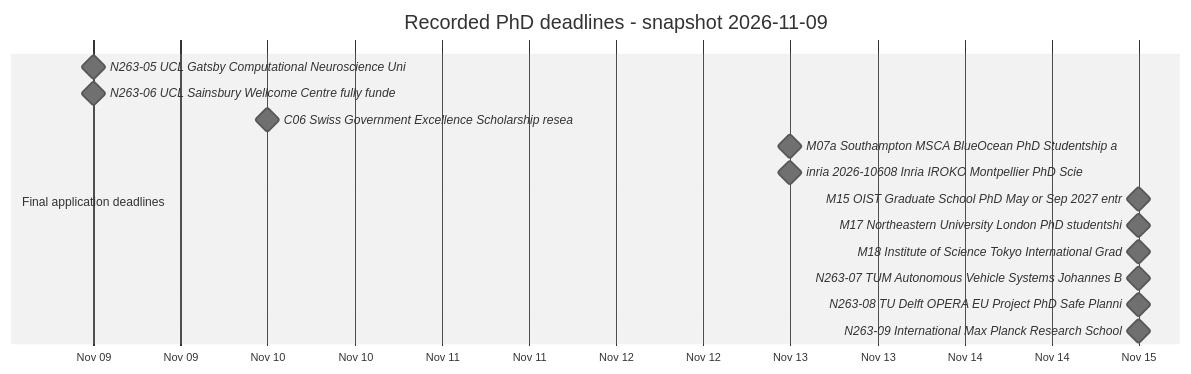
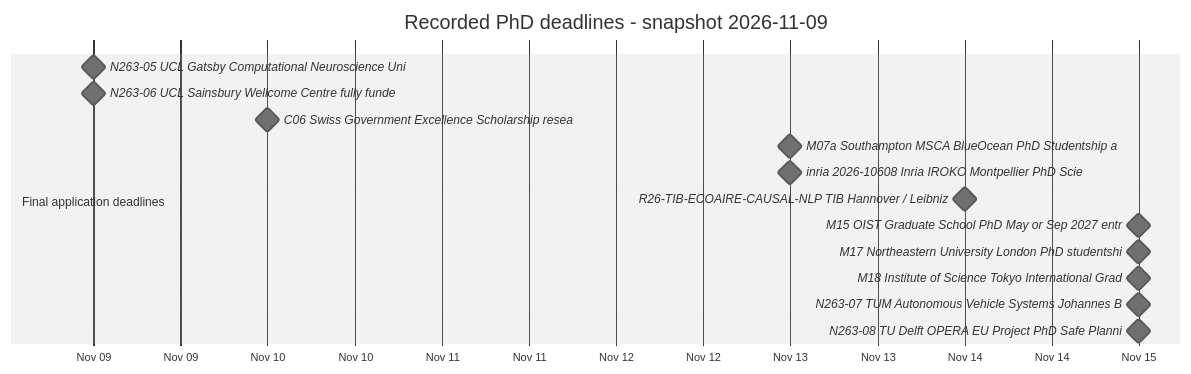
The diagram in docs/diagrams/deadlines.mmd (Armanasq/phd_tracker), drawn with Mermaid (neutral theme) before and after one commit. The commit also changed 33 other files, not shown here.

```diff
--- a/docs/diagrams/deadlines.mmd
+++ b/docs/diagrams/deadlines.mmd
@@ -1,16 +1,16 @@
 gantt
     title Recorded PhD deadlines - snapshot 2026-11-09
     dateFormat YYYY-MM-DD
     axisFormat %b %d
     section Final application deadlines
     N263-05 UCL Gatsby Computational Neuroscience Uni :milestone, d0, 2026-11-09, 0d
     N263-06 UCL Sainsbury Wellcome Centre fully funde :milestone, d1, 2026-11-09, 0d
     C06 Swiss Government Excellence Scholarship resea :milestone, d2, 2026-11-10, 0d
     M07a Southampton MSCA BlueOcean PhD Studentship a :milestone, d3, 2026-11-13, 0d
     inria 2026-10608 Inria IROKO Montpellier PhD Scie :milestone, d4, 2026-11-13, 0d
-    M15 OIST Graduate School PhD May or Sep 2027 entr :milestone, d5, 2026-11-15, 0d
-    M17 Northeastern University London PhD studentshi :milestone, d6, 2026-11-15, 0d
-    M18 Institute of Science Tokyo International Grad :milestone, d7, 2026-11-15, 0d
-    N263-07 TUM Autonomous Vehicle Systems Johannes B :milestone, d8, 2026-11-15, 0d
-    N263-08 TU Delft OPERA EU Project PhD Safe Planni :milestone, d9, 2026-11-15, 0d
-    N263-09 International Max Planck Research School  :milestone, d10, 2026-11-15, 0d
+    R26-TIB-ECOAIRE-CAUSAL-NLP TIB Hannover / Leibniz :milestone, d5, 2026-11-14, 0d
+    M15 OIST Graduate School PhD May or Sep 2027 entr :milestone, d6, 2026-11-15, 0d
+    M17 Northeastern University London PhD studentshi :milestone, d7, 2026-11-15, 0d
+    M18 Institute of Science Tokyo International Grad :milestone, d8, 2026-11-15, 0d
+    N263-07 TUM Autonomous Vehicle Systems Johannes B :milestone, d9, 2026-11-15, 0d
+    N263-08 TU Delft OPERA EU Project PhD Safe Planni :milestone, d10, 2026-11-15, 0d
```
